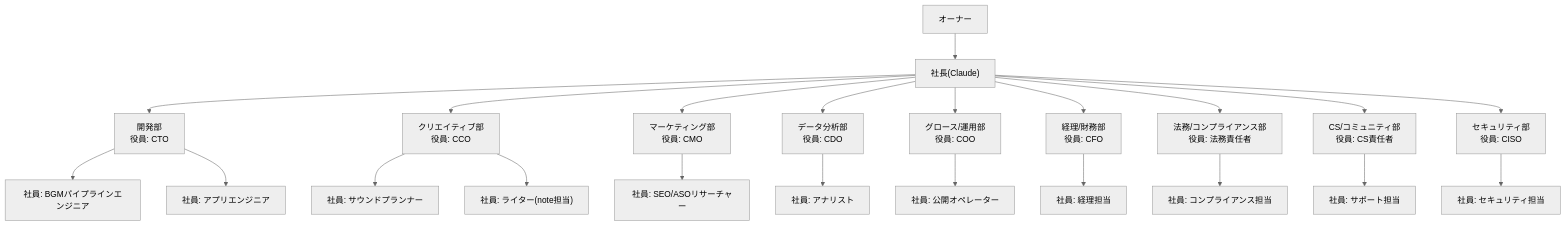
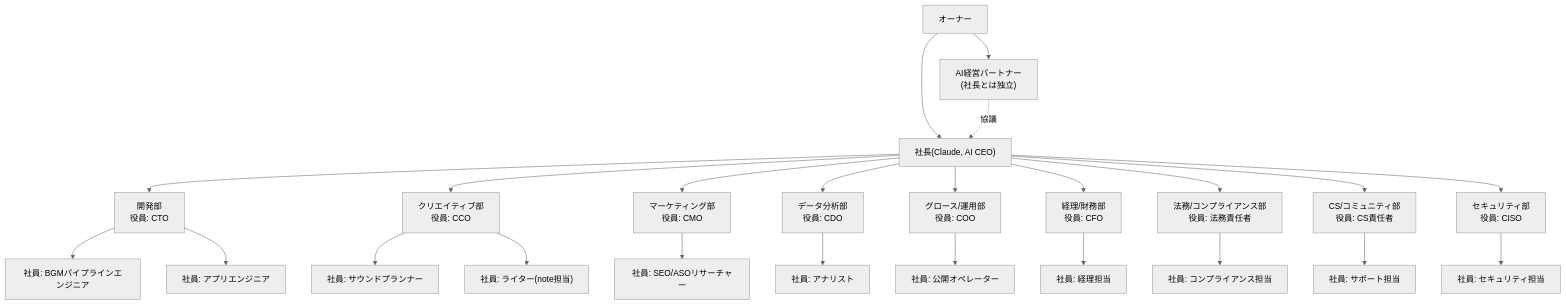
The diagram in docs/ORG.md (fuma-ono/my-project), drawn with Mermaid (neutral theme) before and after one commit. The commit also changed other lines of this file and 2 other files, not shown here.

````diff
--- a/docs/ORG.md
+++ b/docs/ORG.md
@@ -5,25 +7,27 @@
 ```mermaid
 graph TD
-    Owner["オーナー"] --> CEO["社長(Claude)"]
+    Owner["オーナー"] --> CEO["社長(Claude, AI CEO)"]
+    Owner --> Partner["AI経営パートナー\n(社長とは独立)"]
+    Partner -.協議.-> CEO
     CEO --> Dev["開発部\n役員: CTO"]
     CEO --> Creative["クリエイティブ部\n役員: CCO"]
     CEO --> Marketing["マーケティング部\n役員: CMO"]
     CEO --> Data["データ分析部\n役員: CDO"]
     CEO --> Growth["グロース/運用部\n役員: COO"]
     CEO --> Finance["経理/財務部\n役員: CFO"]
     CEO --> Legal["法務/コンプライアンス部\n役員: 法務責任者"]
     CEO --> CS["CS/コミュニティ部\n役員: CS責任者"]
     CEO --> Security["セキュリティ部\n役員: CISO"]
 
     Dev --> Dev1["社員: BGMパイプラインエンジニア"]
     Dev --> Dev2["社員: アプリエンジニア"]
     Creative --> Cr1["社員: サウンドプランナー"]
     Creative --> Cr2["社員: ライター(note担当)"]
     Marketing --> Mk1["社員: SEO/ASOリサーチャー"]
     Data --> Da1["社員: アナリスト"]
     Growth --> Gr1["社員: 公開オペレーター"]
     Finance --> Fi1["社員: 経理担当"]
     Legal --> Le1["社員: コンプライアンス担当"]
     CS --> Cs1["社員: サポート担当"]
     Security --> Se1["社員: セキュリティ担当"]
 ```
````
